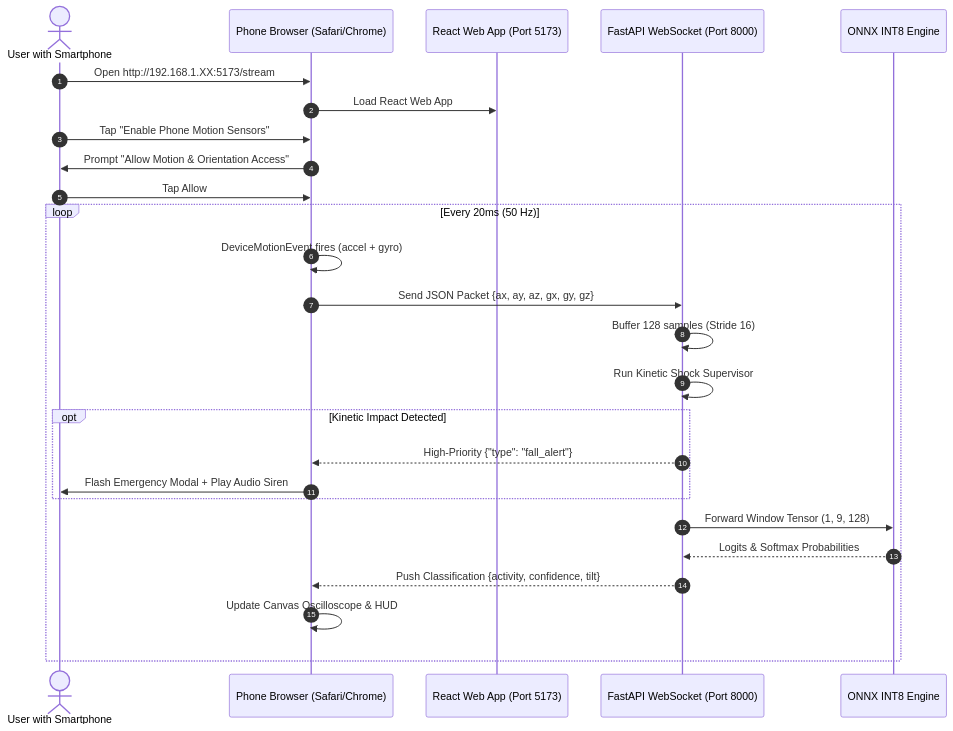
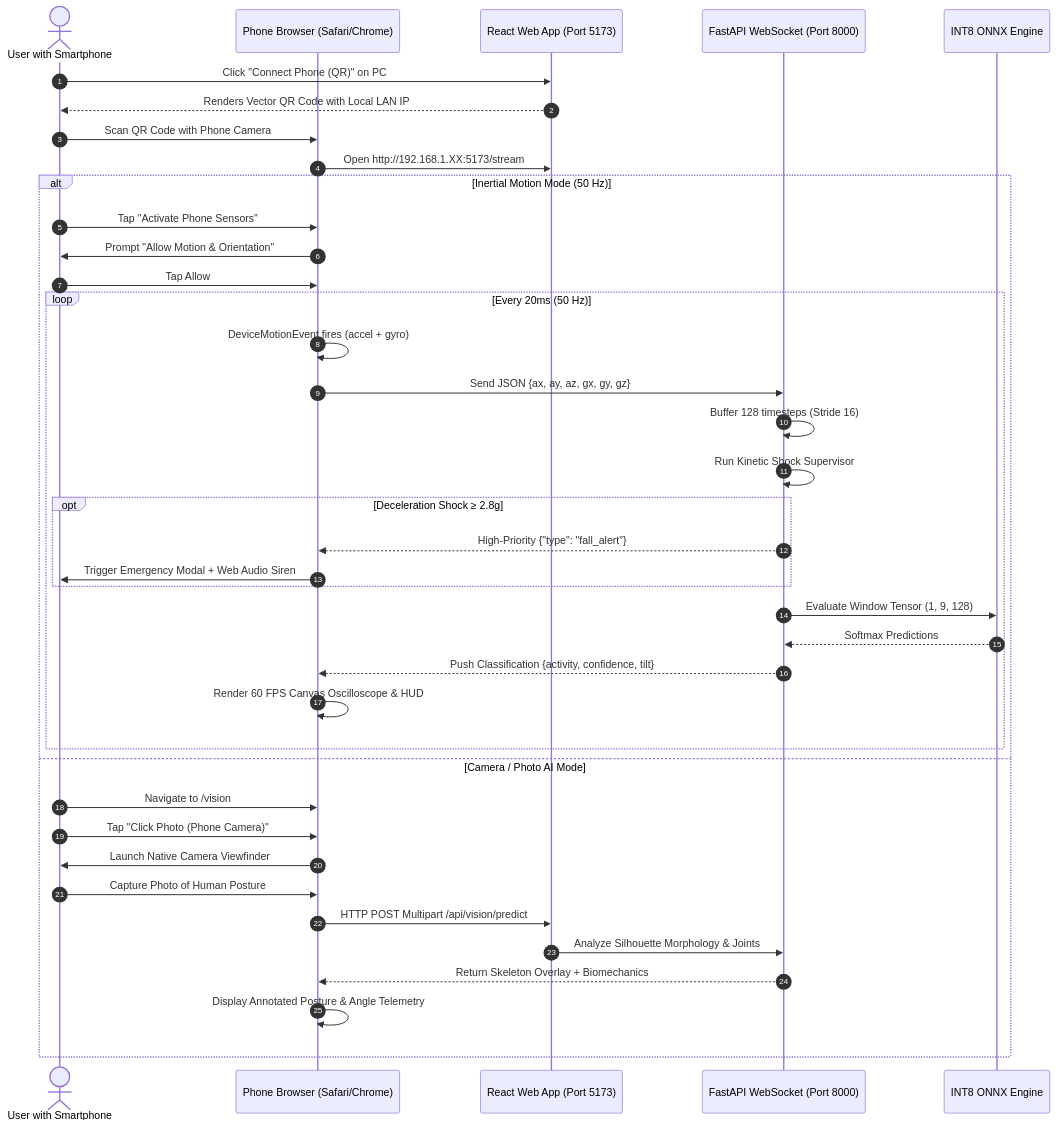
One commit to prathmesh-nitnaware/HAR changed the eighth of 8 diagrams in README.md. Above: the diagram before and after it, drawn with Mermaid. The commit also changed other lines of this file and 22 other files, not shown here.

Commit message:
feat: real-time phone camera pose AI, mobile pairing QR modal, and technical deep learning README

````diff
--- a/README.md
+++ b/README.md
@@ -483,29 +977,43 @@
 ```mermaid
 sequenceDiagram
     autonumber
     actor User as User with Smartphone
     participant Phone as Phone Browser (Safari/Chrome)
     participant Vite as React Web App (Port 5173)
     participant WS as FastAPI WebSocket (Port 8000)
-    participant Model as ONNX INT8 Engine
+    participant Engine as INT8 ONNX Engine
 
-    User->>Phone: Open http://192.168.1.XX:5173/stream
-    Phone->>Vite: Load React Web App
-    User->>Phone: Tap "Enable Phone Motion Sensors"
-    Phone->>User: Prompt "Allow Motion & Orientation Access"
-    User->>Phone: Tap Allow
-    loop Every 20ms (50 Hz)
-        Phone->>Phone: DeviceMotionEvent fires (accel + gyro)
-        Phone->>WS: Send JSON Packet {ax, ay, az, gx, gy, gz}
-        WS->>WS: Buffer 128 samples (Stride 16)
-        WS->>WS: Run Kinetic Shock Supervisor
-        opt Kinetic Impact Detected
-            WS-->>Phone: High-Priority {"type": "fall_alert"}
-            Phone->>User: Flash Emergency Modal + Play Audio Siren
+    User->>Vite: Click "Connect Phone (QR)" on PC
+    Vite-->>User: Renders Vector QR Code with Local LAN IP
+    User->>Phone: Scan QR Code with Phone Camera
+    Phone->>Vite: Open http://192.168.1.XX:5173/stream
+    
+    alt Inertial Motion Mode (50 Hz)
+        User->>Phone: Tap "Activate Phone Sensors"
+        Phone->>User: Prompt "Allow Motion & Orientation"
+        User->>Phone: Tap Allow
+        loop Every 20ms (50 Hz)
+            Phone->>Phone: DeviceMotionEvent fires (accel + gyro)
+            Phone->>WS: Send JSON {ax, ay, az, gx, gy, gz}
+            WS->>WS: Buffer 128 timesteps (Stride 16)
+            WS->>WS: Run Kinetic Shock Supervisor
+            opt Deceleration Shock ≥ 2.8g
+                WS-->>Phone: High-Priority {"type": "fall_alert"}
+                Phone->>User: Trigger Emergency Modal + Web Audio Siren
+            end
+            WS->>Engine: Evaluate Window Tensor (1, 9, 128)
+            Engine-->>WS: Softmax Predictions
+            WS-->>Phone: Push Classification {activity, confidence, tilt}
+            Phone->>Phone: Render 60 FPS Canvas Oscilloscope & HUD
         end
-        WS->>Model: Forward Window Tensor (1, 9, 128)
-        Model-->>WS: Logits & Softmax Probabilities
-        WS-->>Phone: Push Classification {activity, confidence, tilt}
-        Phone->>Phone: Update Canvas Oscilloscope & HUD
+    else Camera / Photo AI Mode
+        User->>Phone: Navigate to /vision
+        User->>Phone: Tap "Click Photo (Phone Camera)"
+        Phone->>User: Launch Native Camera Viewfinder
+        User->>Phone: Capture Photo of Human Posture
+        Phone->>Vite: HTTP POST Multipart /api/vision/predict
+        Vite->>WS: Analyze Silhouette Morphology & Joints
+        WS-->>Phone: Return Skeleton Overlay + Biomechanics
+        Phone->>Phone: Display Annotated Posture & Angle Telemetry
     end
 ```
````
